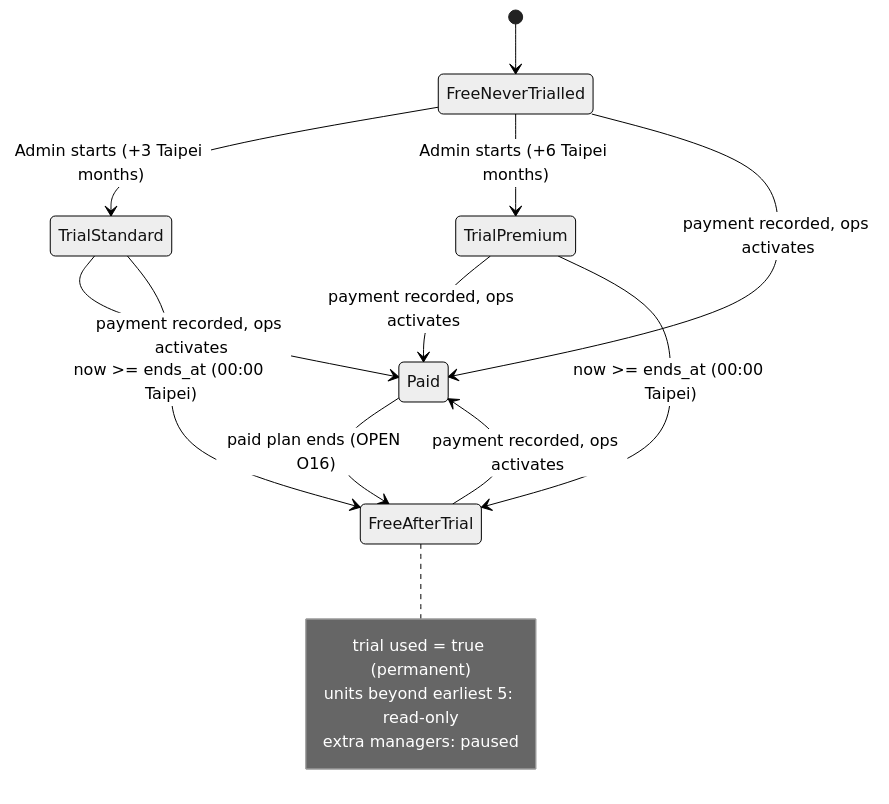
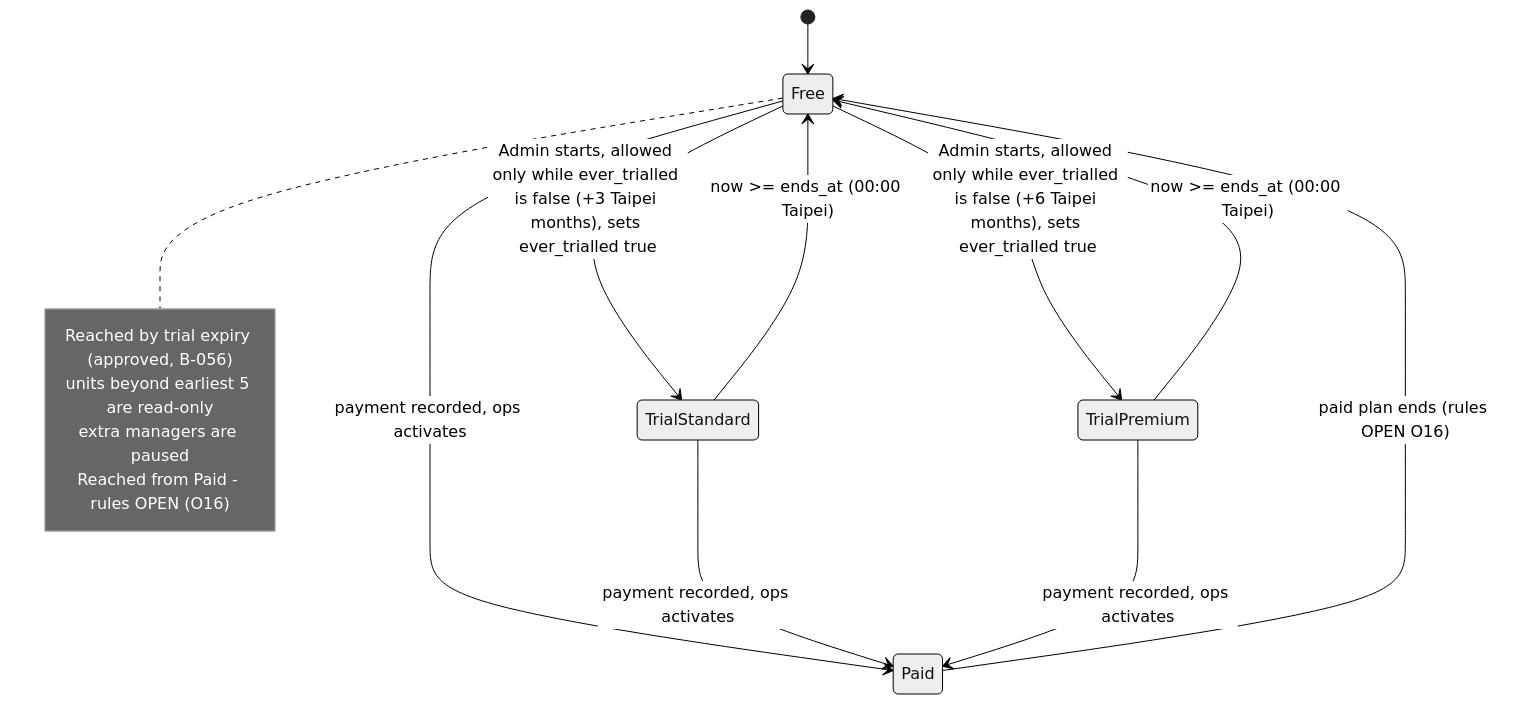
The diagram in docs/phase0/adr/ADR-111-trial-engine-state-machine.md (ronshih0130/Condola-app), drawn with Mermaid (neutral theme) before and after one commit. The commit also changed other lines of this file and 7 other files, not shown here.

````diff
--- a/docs/phase0/adr/ADR-111-trial-engine-state-machine.md
+++ b/docs/phase0/adr/ADR-111-trial-engine-state-machine.md
@@ -44,18 +51,18 @@
 ```mermaid
 stateDiagram-v2
-  [*] --> FreeNeverTrialled
-  FreeNeverTrialled --> TrialStandard: Admin starts (+3 Taipei months)
-  FreeNeverTrialled --> TrialPremium: Admin starts (+6 Taipei months)
-  FreeNeverTrialled --> Paid: payment recorded, ops activates
+  [*] --> Free
+  Free --> TrialStandard: Admin starts, allowed only while ever_trialled is false (+3 Taipei months), sets ever_trialled true
+  Free --> TrialPremium: Admin starts, allowed only while ever_trialled is false (+6 Taipei months), sets ever_trialled true
+  TrialStandard --> Free: now >= ends_at (00:00 Taipei)
+  TrialPremium --> Free: now >= ends_at (00:00 Taipei)
+  Free --> Paid: payment recorded, ops activates
   TrialStandard --> Paid: payment recorded, ops activates
   TrialPremium --> Paid: payment recorded, ops activates
-  TrialStandard --> FreeAfterTrial: now >= ends_at (00:00 Taipei)
-  TrialPremium --> FreeAfterTrial: now >= ends_at (00:00 Taipei)
-  FreeAfterTrial --> Paid: payment recorded, ops activates
-  Paid --> FreeAfterTrial: paid plan ends (OPEN O16)
-  note right of FreeAfterTrial
-    trial used = true (permanent)
-    units beyond earliest 5: read-only
-    extra managers: paused
+  Paid --> Free: paid plan ends (rules OPEN O16)
+  note right of Free
+    Reached by trial expiry (approved, B-056)
+    units beyond earliest 5 are read-only
+    extra managers are paused
+    Reached from Paid - rules OPEN (O16)
   end note
 ```
````
